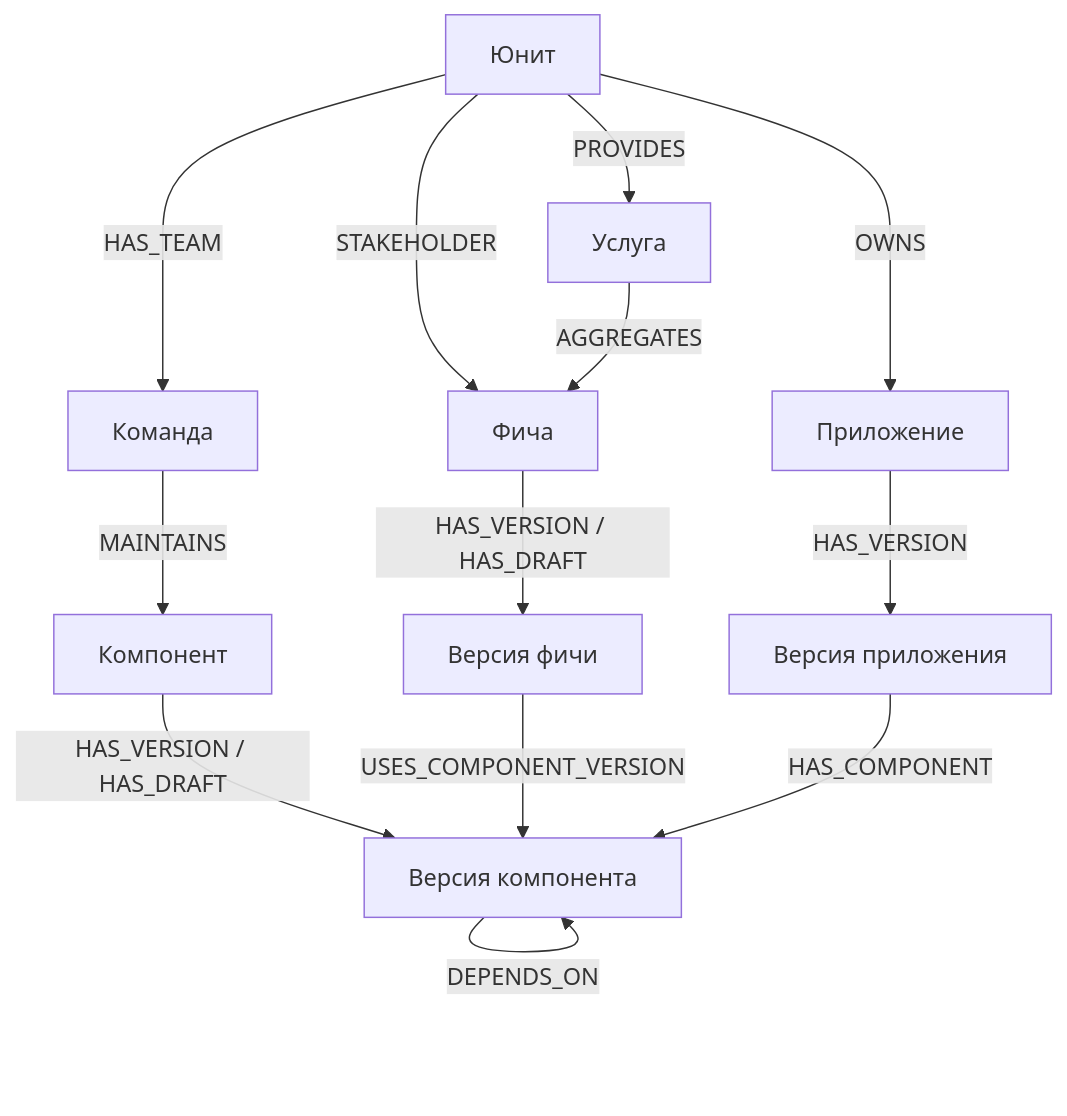
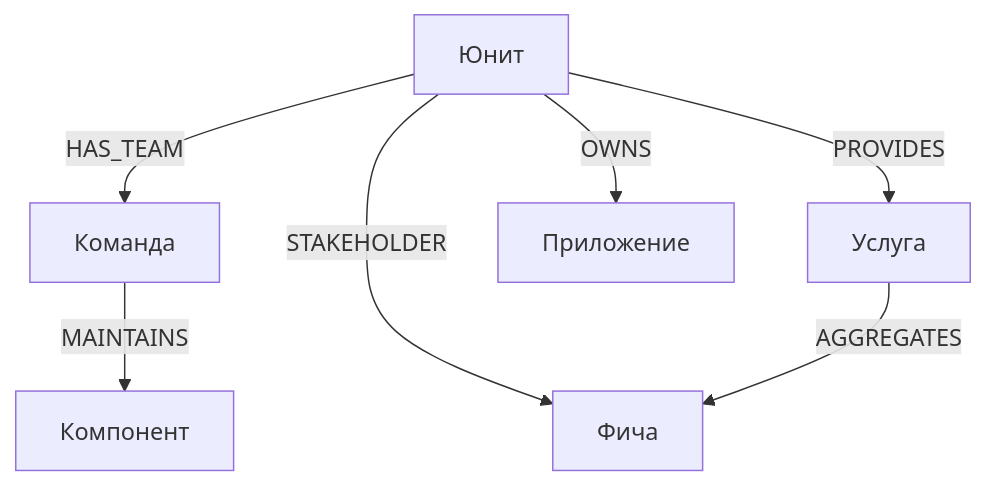
The diagram in apps/frontend/public/help/glossary.md (Goodzonchik/stellode), drawn with Mermaid before and after one commit. The commit also changed 6 other files, not shown here.

````diff
--- a/apps/frontend/public/help/glossary.md
+++ b/apps/frontend/public/help/glossary.md
@@ -106,15 +40,9 @@
 ```mermaid
 flowchart TB
   Unit[Юнит] -->|HAS_TEAM| Team[Команда]
   Unit -->|PROVIDES| Service[Услуга]
   Unit -->|OWNS| Application[Приложение]
   Unit -->|STAKEHOLDER| Feature[Фича]
   Team -->|MAINTAINS| Component[Компонент]
   Service -->|AGGREGATES| Feature
-  Feature -->|HAS_VERSION / HAS_DRAFT| FeatureVersion[Версия фичи]
-  Application -->|HAS_VERSION| ApplicationVersion[Версия приложения]
-  Component -->|HAS_VERSION / HAS_DRAFT| ComponentVersion[Версия компонента]
-  FeatureVersion -->|USES_COMPONENT_VERSION| ComponentVersion
-  ApplicationVersion -->|HAS_COMPONENT| ComponentVersion
-  ComponentVersion -->|DEPENDS_ON| ComponentVersion
 ```
````
